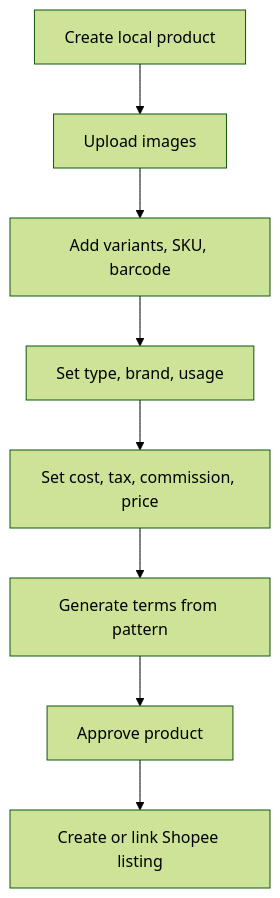
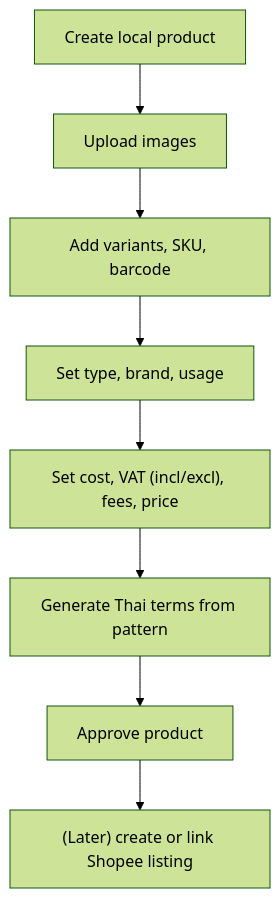
The third of 3 diagrams in docs/ARCHITECTURE.md (ladykirsah/Kira.office), drawn with Mermaid (forest theme) before and after one commit. The commit also changed other lines of this file and 51 other files, not shown here.

````diff
--- a/docs/ARCHITECTURE.md
+++ b/docs/ARCHITECTURE.md
@@ -46,10 +79,10 @@
 ```mermaid
 flowchart TD
   A["Create local product"] --> B["Upload images"]
   B --> C["Add variants, SKU, barcode"]
   C --> D["Set type, brand, usage"]
-  D --> E["Set cost, tax, commission, price"]
-  E --> F["Generate terms from pattern"]
+  D --> E["Set cost, VAT (incl/excl), fees, price"]
+  E --> F["Generate Thai terms from pattern"]
   F --> G["Approve product"]
-  G --> H["Create or link Shopee listing"]
+  G --> H["(Later) create or link Shopee listing"]
 ```
````
